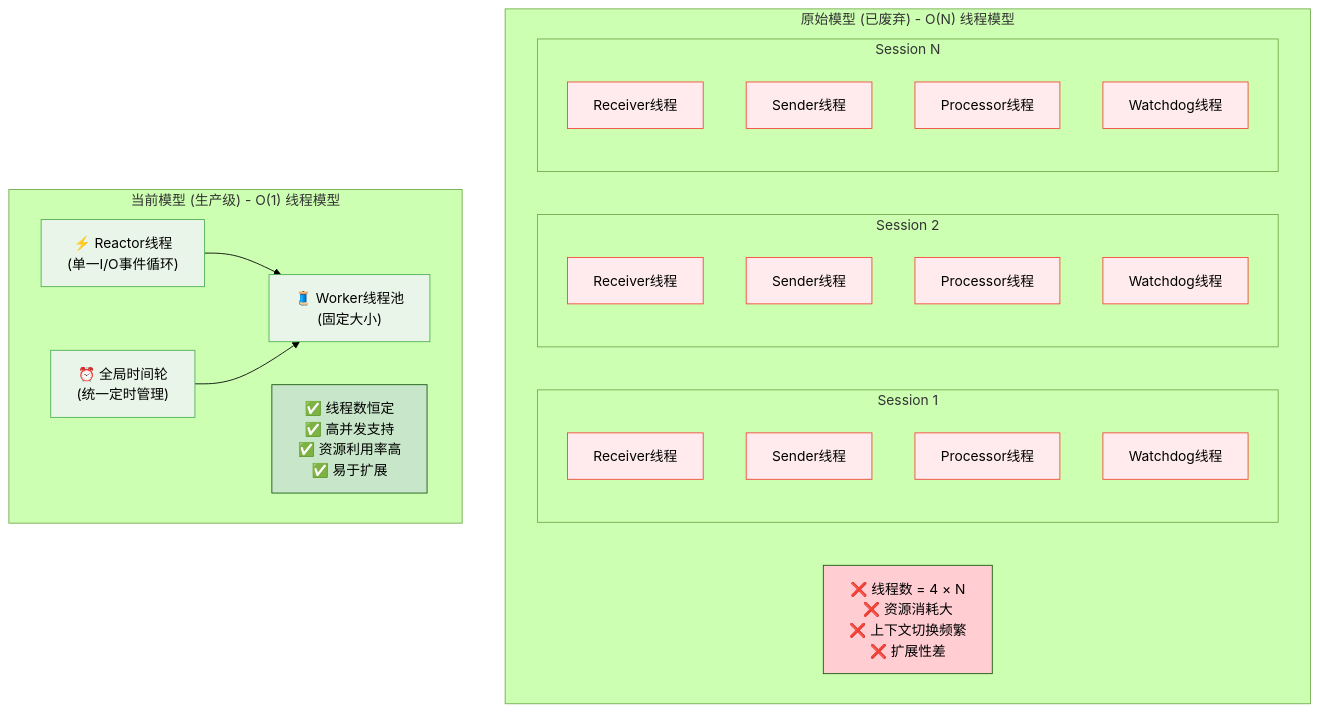
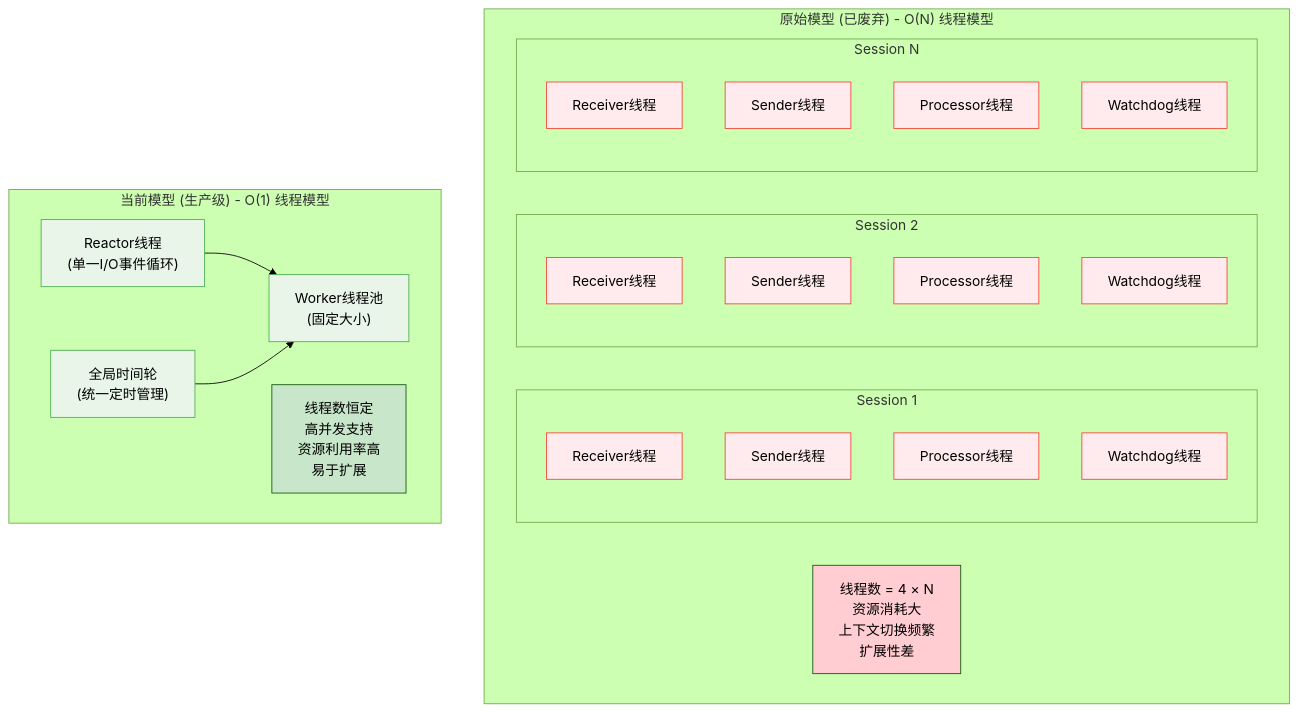
One commit to LittlePorcupine/FIX4.0_demo changed the fifth of 7 diagrams in README.md. Above: the diagram before and after it, drawn with Mermaid (forest theme). The commit also changed other lines of this file, not shown here.

Commit message:
fix: 修复readme中的mermaid代码在github中的渲染

````diff
--- a/README.md
+++ b/README.md
@@ -321,46 +321,46 @@
 ```mermaid
 graph TB
     subgraph "原始模型 (已废弃) - O(N) 线程模型"
         subgraph "Session 1"
             R1[Receiver线程]
             S1[Sender线程]
             P1[Processor线程]
             W1[Watchdog线程]
         end
         subgraph "Session 2"
             R2[Receiver线程]
             S2[Sender线程]
             P2[Processor线程]
             W2[Watchdog线程]
         end
         subgraph "Session N"
             RN[Receiver线程]
             SN[Sender线程]
             PN[Processor线程]
             WN[Watchdog线程]
         end
         
-        Problem1["❌ 线程数 = 4 × N<br/>❌ 资源消耗大<br/>❌ 上下文切换频繁<br/>❌ 扩展性差"]
+        Problem1["线程数 = 4 × N<br/>资源消耗大<br/>上下文切换频繁<br/>扩展性差"]
     end
     
     subgraph "当前模型 (生产级) - O(1) 线程模型"
-        ReactorThread["⚡ Reactor线程<br/>(单一I/O事件循环)"]
-        WorkerPool["🧵 Worker线程池<br/>(固定大小)"]
-        GlobalTimer["⏰ 全局时间轮<br/>(统一定时管理)"]
+        ReactorThread["Reactor线程<br/>(单一I/O事件循环)"]
+        WorkerPool["Worker线程池<br/>(固定大小)"]
+        GlobalTimer["全局时间轮<br/>(统一定时管理)"]
         
         ReactorThread --> WorkerPool
         GlobalTimer --> WorkerPool
         
-        Benefit["✅ 线程数恒定<br/>✅ 高并发支持<br/>✅ 资源利用率高<br/>✅ 易于扩展"]
+        Benefit["线程数恒定<br/>高并发支持<br/>资源利用率高<br/>易于扩展"]
     end
     
     classDef oldModel fill:#ffebee,stroke:#f44336
     classDef newModel fill:#e8f5e8,stroke:#4caf50
     classDef problem fill:#ffcdd2
     classDef benefit fill:#c8e6c9
     
     class R1,S1,P1,W1,R2,S2,P2,W2,RN,SN,PN,WN oldModel
     class ReactorThread,WorkerPool,GlobalTimer newModel
     class Problem1 problem
     class Benefit benefit
 ```
````
